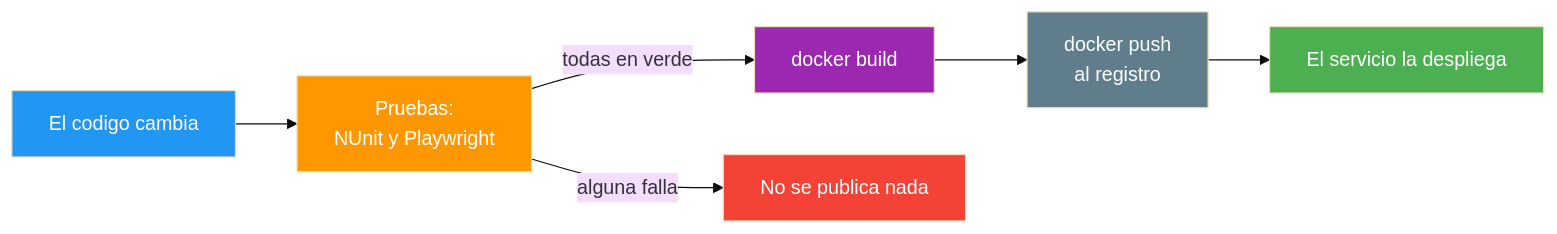
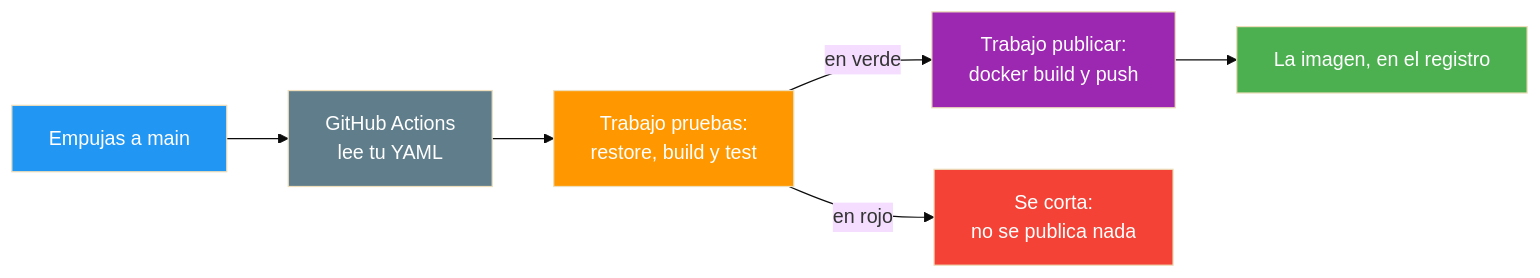
Before and after one commit to joseluisgs/DesarrolloWebEntornosServidor-03-2026-2027: the sixth of 6 diagrams in 25-docker-despliegue.md, drawn with Mermaid (base theme). The commit also changed other lines of this file, not shown here.

First line of the commit message:
docs: completar el 25 con GitHub Actions y servicios como Render

````diff
--- a/25-docker-despliegue.md
+++ b/25-docker-despliegue.md
@@ -286,14 +335,14 @@
 ```mermaid
 graph LR
-    C["El codigo cambia"] --> P["Pruebas:<br/>NUnit y Playwright"]
-    P -->|todas en verde| B["docker build"]
-    B --> R["docker push<br/>al registro"]
-    R --> S["El servicio la despliega"]
-    P -->|alguna falla| N["No se publica nada"]
+    C["Empujas a main"] --> A["GitHub Actions<br/>lee tu YAML"]
+    A --> P["Trabajo pruebas:<br/>restore, build y test"]
+    P -->|"en verde"| D["Trabajo publicar:<br/>docker build y push"]
+    P -->|"en rojo"| N["Se corta:<br/>no se publica nada"]
+    D --> R["La imagen, en el registro"]
     style C fill:#2196F3,color:#fff
+    style A fill:#607D8B,color:#fff
     style P fill:#FF9800,color:#fff
-    style B fill:#9C27B0,color:#fff
-    style R fill:#607D8B,color:#fff
-    style S fill:#4CAF50,color:#fff
+    style D fill:#9C27B0,color:#fff
     style N fill:#f44336,color:#fff
+    style R fill:#4CAF50,color:#fff
 ```
````
